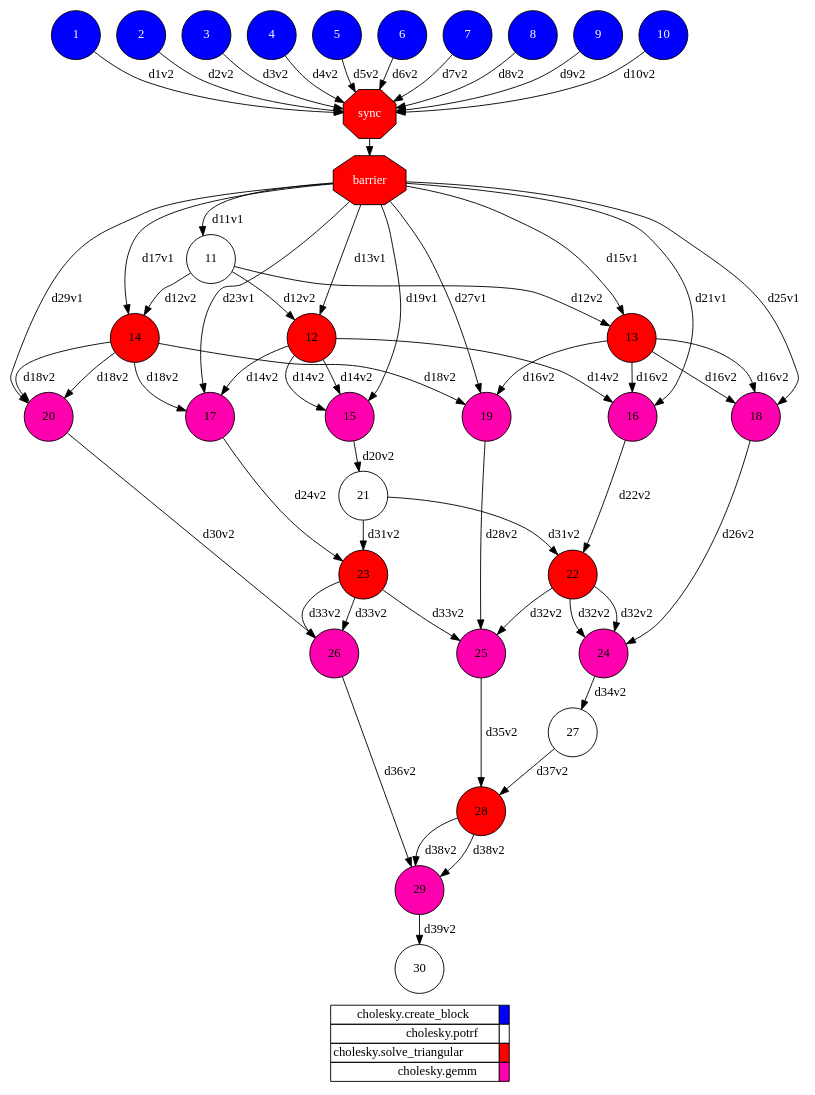
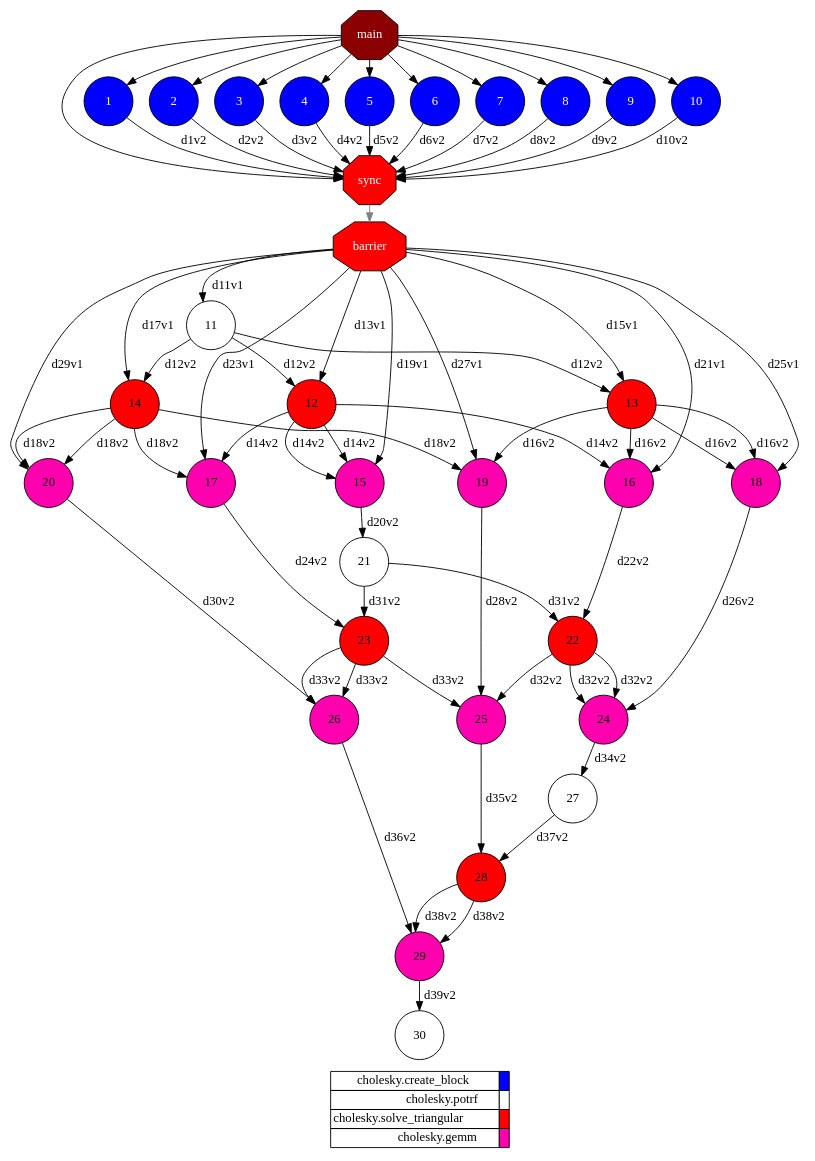
One commit to cristianrcv/pycompss-autoparallel changed the diagram in examples/cholesky/results/local/userparallel/complete_graph.dot. Above: the diagram before and after it, drawn with Graphviz. The commit also changed 171 other files, not shown here.

```diff
--- a/examples/cholesky/results/local/userparallel/complete_graph.dot
+++ b/examples/cholesky/results/local/userparallel/complete_graph.dot
@@ -1,123 +1,136 @@
 digraph {
   rankdir=TB;
   labeljust="l";
+  compound= true;
   subgraph dependence_graph {
     ranksep=0.20;
     node[height=0.75];
 
+Synchro0[label="main", shape=octagon, style=filled fillcolor="#8B0000" fontcolor="#FFFFFF"];
 1[shape=circle, style=filled fillcolor="#0000ff" fontcolor="#ffffff"];
+Synchro0 -> 1;
 2[shape=circle, style=filled fillcolor="#0000ff" fontcolor="#ffffff"];
+Synchro0 -> 2;
 3[shape=circle, style=filled fillcolor="#0000ff" fontcolor="#ffffff"];
+Synchro0 -> 3;
 4[shape=circle, style=filled fillcolor="#0000ff" fontcolor="#ffffff"];
+Synchro0 -> 4;
 5[shape=circle, style=filled fillcolor="#0000ff" fontcolor="#ffffff"];
+Synchro0 -> 5;
 6[shape=circle, style=filled fillcolor="#0000ff" fontcolor="#ffffff"];
+Synchro0 -> 6;
 7[shape=circle, style=filled fillcolor="#0000ff" fontcolor="#ffffff"];
+Synchro0 -> 7;
 8[shape=circle, style=filled fillcolor="#0000ff" fontcolor="#ffffff"];
+Synchro0 -> 8;
 9[shape=circle, style=filled fillcolor="#0000ff" fontcolor="#ffffff"];
+Synchro0 -> 9;
 10[shape=circle, style=filled fillcolor="#0000ff" fontcolor="#ffffff"];
+Synchro0 -> 10;
 Synchro1[label="sync", shape=octagon, style=filled fillcolor="#ff0000" fontcolor="#FFFFFF"];
-1 -> Synchro1[ label="d1v2" ];
-2 -> Synchro1[ label="d2v2" ];
-3 -> Synchro1[ label="d3v2" ];
-4 -> Synchro1[ label="d4v2" ];
-5 -> Synchro1[ label="d5v2" ];
-6 -> Synchro1[ label="d6v2" ];
-7 -> Synchro1[ label="d7v2" ];
-8 -> Synchro1[ label="d8v2" ];
-9 -> Synchro1[ label="d9v2" ];
-10 -> Synchro1[ label="d10v2" ];
+Synchro0 -> Synchro1;
+1 -> Synchro1 [label="d1v2"];
+2 -> Synchro1 [label="d2v2"];
+3 -> Synchro1 [label="d3v2"];
+4 -> Synchro1 [label="d4v2"];
+5 -> Synchro1 [label="d5v2"];
+6 -> Synchro1 [label="d6v2"];
+7 -> Synchro1 [label="d7v2"];
+8 -> Synchro1 [label="d8v2"];
+9 -> Synchro1 [label="d9v2"];
+10 -> Synchro1 [label="d10v2"];
 Synchro2[label="barrier", shape=octagon, style=filled fillcolor="#ff0000" fontcolor="#FFFFFF"];
-Synchro1 -> Synchro2;
+Synchro1 -> Synchro2 [color=grey];
 11[shape=circle, style=filled fillcolor="#ffffff" fontcolor="#000000"];
-Synchro2 -> 11[ label="d11v1" ];
+Synchro2 -> 11 [label="d11v1"];
 12[shape=circle, style=filled fillcolor="#ff0000" fontcolor="#000000"];
-11 -> 12[ label="d12v2" ];
-Synchro2 -> 12[ label="d13v1" ];
+11 -> 12 [label="d12v2"];
+Synchro2 -> 12 [label="d13v1"];
 13[shape=circle, style=filled fillcolor="#ff0000" fontcolor="#000000"];
-11 -> 13[ label="d12v2" ];
-Synchro2 -> 13[ label="d15v1" ];
+11 -> 13 [label="d12v2"];
+Synchro2 -> 13 [label="d15v1"];
 14[shape=circle, style=filled fillcolor="#ff0000" fontcolor="#000000"];
-11 -> 14[ label="d12v2" ];
-Synchro2 -> 14[ label="d17v1" ];
+11 -> 14 [label="d12v2"];
+Synchro2 -> 14 [label="d17v1"];
 15[shape=circle, style=filled fillcolor="#ff00ae" fontcolor="#000000"];
-12 -> 15[ label="d14v2" ];
-12 -> 15[ label="d14v2" ];
-Synchro2 -> 15[ label="d19v1" ];
+12 -> 15 [label="d14v2"];
+12 -> 15 [label="d14v2"];
+Synchro2 -> 15 [label="d19v1"];
 16[shape=circle, style=filled fillcolor="#ff00ae" fontcolor="#000000"];
-13 -> 16[ label="d16v2" ];
-12 -> 16[ label="d14v2" ];
-Synchro2 -> 16[ label="d21v1" ];
+13 -> 16 [label="d16v2"];
+12 -> 16 [label="d14v2"];
+Synchro2 -> 16 [label="d21v1"];
 17[shape=circle, style=filled fillcolor="#ff00ae" fontcolor="#000000"];
-14 -> 17[ label="d18v2" ];
-12 -> 17[ label="d14v2" ];
-Synchro2 -> 17[ label="d23v1" ];
+14 -> 17 [label="d18v2"];
+12 -> 17 [label="d14v2"];
+Synchro2 -> 17 [label="d23v1"];
 18[shape=circle, style=filled fillcolor="#ff00ae" fontcolor="#000000"];
-13 -> 18[ label="d16v2" ];
-13 -> 18[ label="d16v2" ];
-Synchro2 -> 18[ label="d25v1" ];
+13 -> 18 [label="d16v2"];
+13 -> 18 [label="d16v2"];
+Synchro2 -> 18 [label="d25v1"];
 19[shape=circle, style=filled fillcolor="#ff00ae" fontcolor="#000000"];
-14 -> 19[ label="d18v2" ];
-13 -> 19[ label="d16v2" ];
-Synchro2 -> 19[ label="d27v1" ];
+14 -> 19 [label="d18v2"];
+13 -> 19 [label="d16v2"];
+Synchro2 -> 19 [label="d27v1"];
 20[shape=circle, style=filled fillcolor="#ff00ae" fontcolor="#000000"];
-14 -> 20[ label="d18v2" ];
-14 -> 20[ label="d18v2" ];
-Synchro2 -> 20[ label="d29v1" ];
+14 -> 20 [label="d18v2"];
+14 -> 20 [label="d18v2"];
+Synchro2 -> 20 [label="d29v1"];
 21[shape=circle, style=filled fillcolor="#ffffff" fontcolor="#000000"];
-15 -> 21[ label="d20v2" ];
+15 -> 21 [label="d20v2"];
 22[shape=circle, style=filled fillcolor="#ff0000" fontcolor="#000000"];
-21 -> 22[ label="d31v2" ];
-16 -> 22[ label="d22v2" ];
+21 -> 22 [label="d31v2"];
+16 -> 22 [label="d22v2"];
 23[shape=circle, style=filled fillcolor="#ff0000" fontcolor="#000000"];
-21 -> 23[ label="d31v2" ];
-17 -> 23[ label="d24v2" ];
+21 -> 23 [label="d31v2"];
+17 -> 23 [label="d24v2"];
 24[shape=circle, style=filled fillcolor="#ff00ae" fontcolor="#000000"];
-22 -> 24[ label="d32v2" ];
-22 -> 24[ label="d32v2" ];
-18 -> 24[ label="d26v2" ];
+22 -> 24 [label="d32v2"];
+22 -> 24 [label="d32v2"];
+18 -> 24 [label="d26v2"];
 25[shape=circle, style=filled fillcolor="#ff00ae" fontcolor="#000000"];
-23 -> 25[ label="d33v2" ];
-22 -> 25[ label="d32v2" ];
-19 -> 25[ label="d28v2" ];
+23 -> 25 [label="d33v2"];
+22 -> 25 [label="d32v2"];
+19 -> 25 [label="d28v2"];
 26[shape=circle, style=filled fillcolor="#ff00ae" fontcolor="#000000"];
-23 -> 26[ label="d33v2" ];
-23 -> 26[ label="d33v2" ];
-20 -> 26[ label="d30v2" ];
+23 -> 26 [label="d33v2"];
+23 -> 26 [label="d33v2"];
+20 -> 26 [label="d30v2"];
 27[shape=circle, style=filled fillcolor="#ffffff" fontcolor="#000000"];
-24 -> 27[ label="d34v2" ];
+24 -> 27 [label="d34v2"];
 28[shape=circle, style=filled fillcolor="#ff0000" fontcolor="#000000"];
-27 -> 28[ label="d37v2" ];
-25 -> 28[ label="d35v2" ];
+27 -> 28 [label="d37v2"];
+25 -> 28 [label="d35v2"];
 29[shape=circle, style=filled fillcolor="#ff00ae" fontcolor="#000000"];
-28 -> 29[ label="d38v2" ];
-28 -> 29[ label="d38v2" ];
-26 -> 29[ label="d36v2" ];
+28 -> 29 [label="d38v2"];
+28 -> 29 [label="d38v2"];
+26 -> 29 [label="d36v2"];
 30[shape=circle, style=filled fillcolor="#ffffff" fontcolor="#000000"];
-29 -> 30[ label="d39v2" ];  }
+29 -> 30 [label="d39v2"];  }
   subgraph legend {
     rank=sink;
     node [shape=plaintext, height=0.75];
     ranksep=0.20;
     label = "Legend";
     key [label=<
       <table border="0" cellpadding="2" cellspacing="0" cellborder="1">
 <tr>
 <td align="right">cholesky.create_block</td>
 <td bgcolor="#0000ff">&nbsp;</td>
 </tr>
 <tr>
 <td align="right">cholesky.potrf</td>
 <td bgcolor="#ffffff">&nbsp;</td>
 </tr>
 <tr>
 <td align="right">cholesky.solve_triangular</td>
 <td bgcolor="#ff0000">&nbsp;</td>
 </tr>
 <tr>
 <td align="right">cholesky.gemm</td>
 <td bgcolor="#ff00ae">&nbsp;</td>
 </tr>
       </table>
     >]
   }
 }
```
